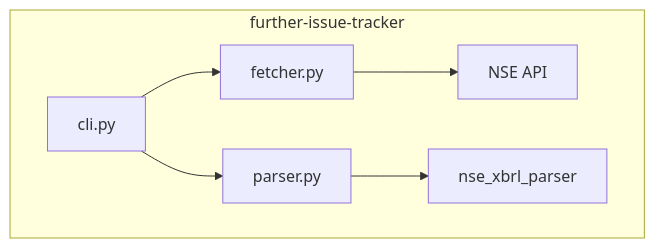
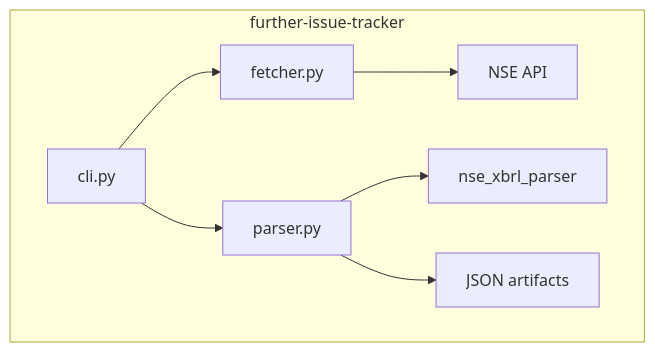
The diagram in .context/ARCHITECTURE.md (eggmasonvalue/further-issue-tracker), drawn with Mermaid before and after one commit. The commit also changed 6 other files, not shown here.

````diff
--- a/.context/ARCHITECTURE.md
+++ b/.context/ARCHITECTURE.md
@@ -3,13 +3,14 @@
 ```mermaid
 graph TD
     subgraph further-issue-tracker
         cli[cli.py]
         fetcher[fetcher.py]
         parser[parser.py]
         
         cli --> fetcher
         cli --> parser
         fetcher --> nse[NSE API]
         parser --> nsexbrl[nse_xbrl_parser]
+        parser --> json[JSON artifacts]
     end
 ```
````
